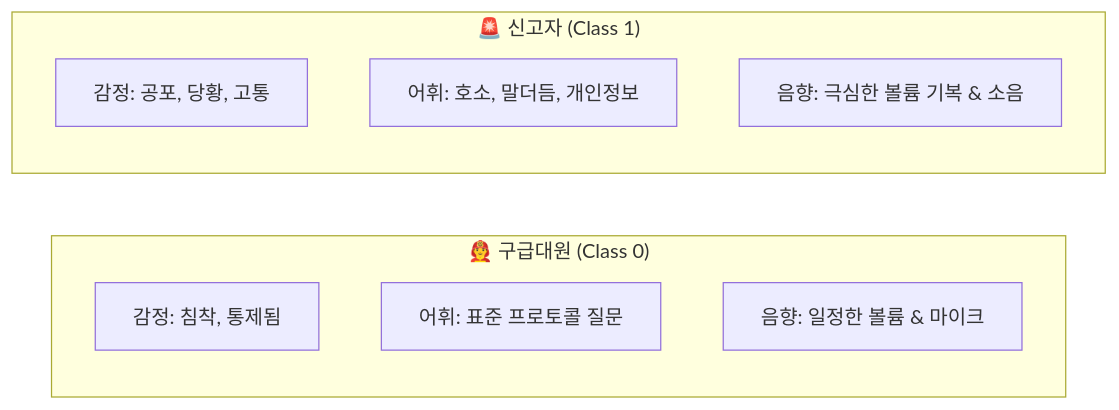
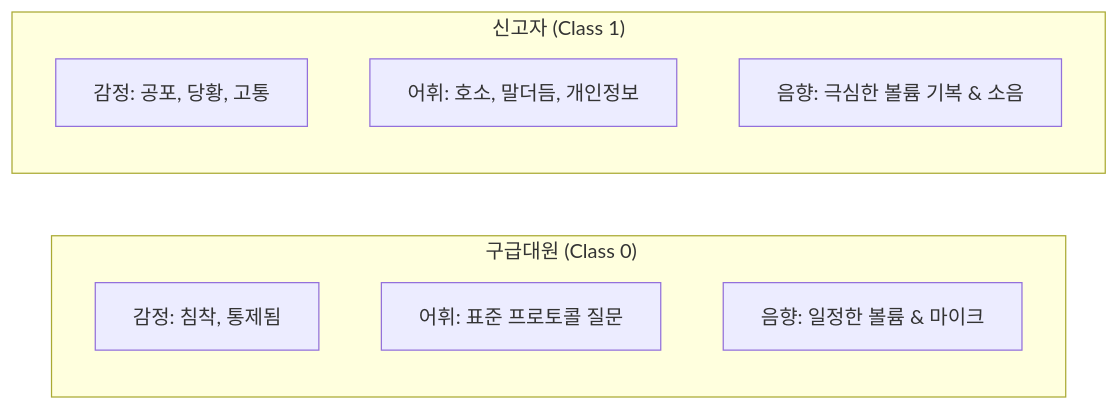
One commit to KozzilzzilE/DCC_Problem changed the diagram in docs/speaker_characteristics_analysis.md. Above: the diagram before and after it, drawn with Mermaid. The commit also changed other lines of this file and 8 other files, not shown here.

````diff
--- a/docs/speaker_characteristics_analysis.md
+++ b/docs/speaker_characteristics_analysis.md
@@ -22,13 +22,13 @@
 ```mermaid
 graph LR
-    subgraph 구급대원["👨‍🚒 구급대원 (Class 0)"]
-        A1["감정: 침착, 통제됨"]
-        A2["어휘: 표준 프로토콜 질문"]
-        A3["음향: 일정한 볼륨 & 마이크"]
-    end
-    subgraph 신고자["🚨 신고자 (Class 1)"]
-        B1["감정: 공포, 당황, 고통"]
-        B2["어휘: 호소, 말더듬, 개인정보"]
-        B3["음향: 극심한 볼륨 기복 & 소음"]
-    end
+  subgraph 구급대원["‍ 구급대원 (Class 0)"]
+    A1["감정: 침착, 통제됨"]
+    A2["어휘: 표준 프로토콜 질문"]
+    A3["음향: 일정한 볼륨 & 마이크"]
+  end
+  subgraph 신고자[" 신고자 (Class 1)"]
+    B1["감정: 공포, 당황, 고통"]
+    B2["어휘: 호소, 말더듬, 개인정보"]
+    B3["음향: 극심한 볼륨 기복 & 소음"]
+  end
 ```
````
